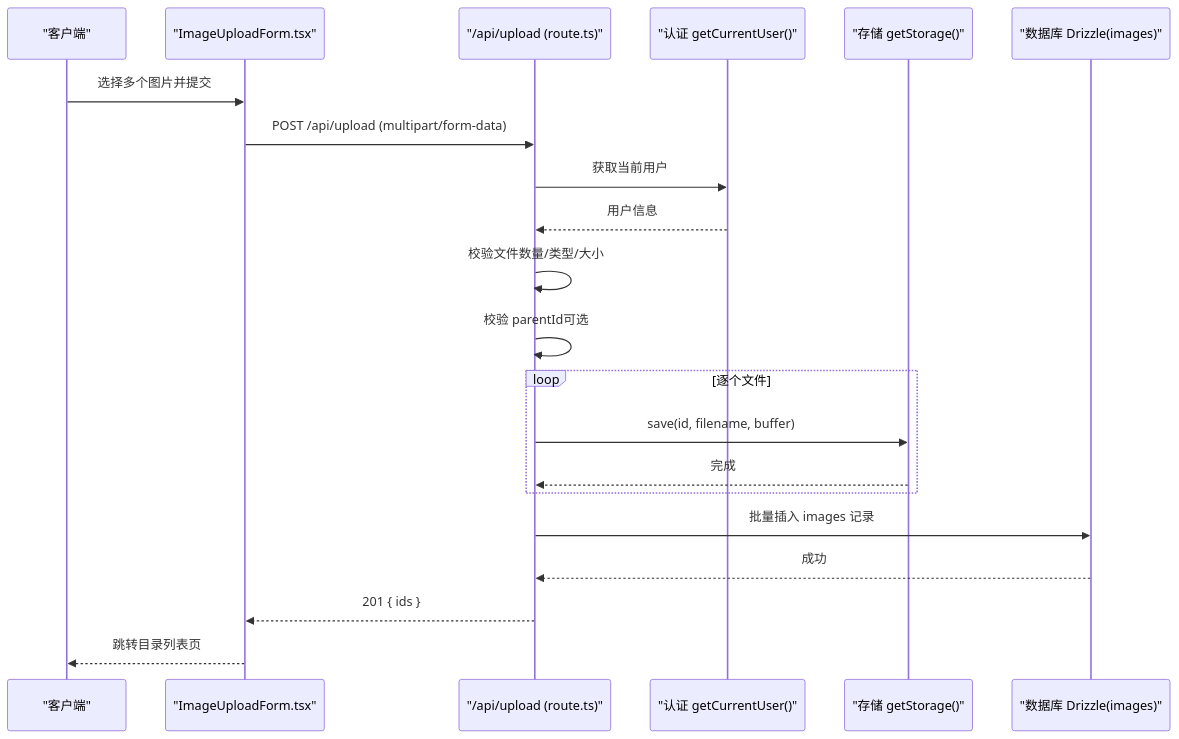
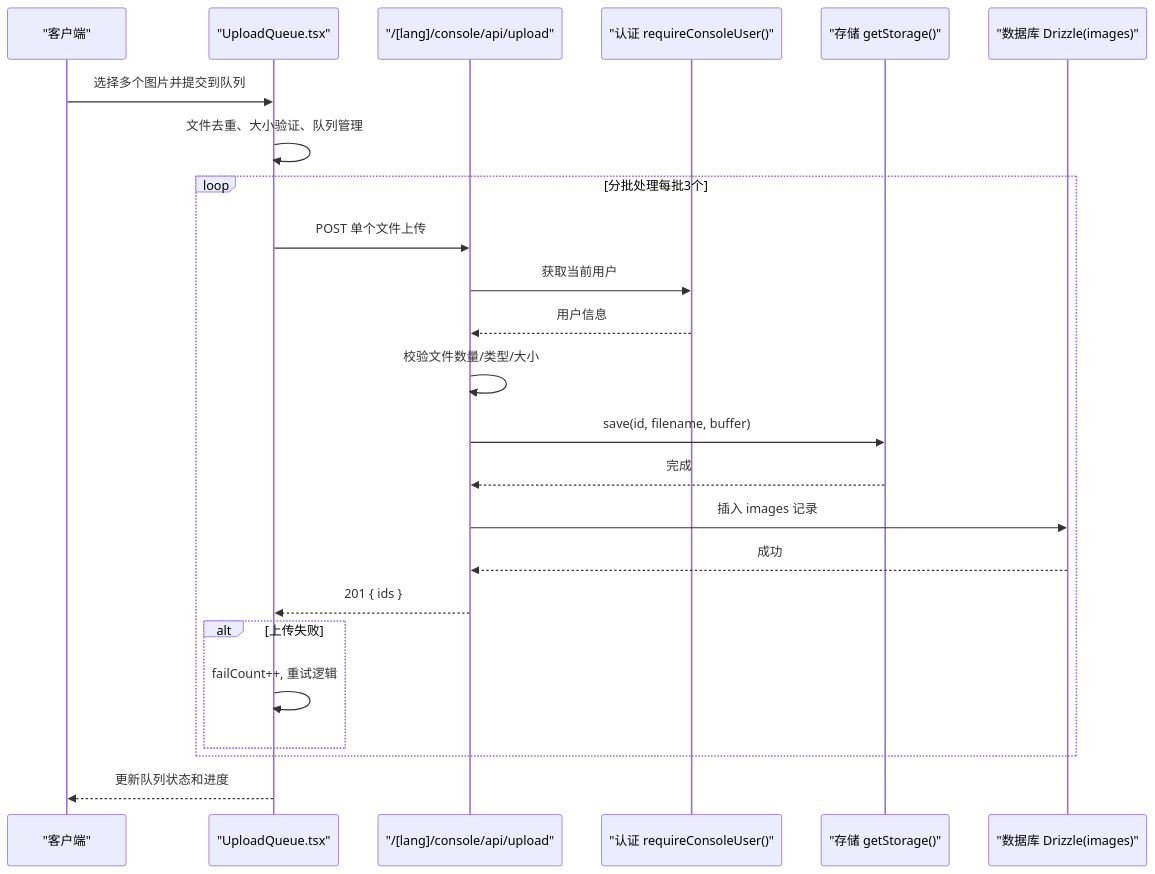
One commit to pnnh/weable changed the second of 5 diagrams in .qoder/repowiki/zh/content/API 接口文档/文件上传 API.md. Above: the diagram before and after it, drawn with Mermaid. The commit also changed other lines of this file and 133 other files, not shown here.

Commit message:
实现基于浏览器自带AI识别图片内容功能

````diff
--- a/.qoder/repowiki/zh/content/API 接口文档/文件上传 API.md
+++ b/.qoder/repowiki/zh/content/API 接口文档/文件上传 API.md
@@ -90,23 +104,26 @@
 ```mermaid
 sequenceDiagram
 participant C as "客户端"
-participant F as "ImageUploadForm.tsx"
-participant U as "/api/upload (route.ts)"
-participant A as "认证 getCurrentUser()"
+participant Q as "UploadQueue.tsx"
+participant U as "/[lang]/console/api/upload"
+participant A as "认证 requireConsoleUser()"
 participant S as "存储 getStorage()"
 participant D as "数据库 Drizzle(images)"
-C->>F : 选择多个图片并提交
-F->>U : POST /api/upload (multipart/form-data)
+C->>Q : 选择多个图片并提交到队列
+Q->>Q : 文件去重、大小验证、队列管理
+loop 分批处理每批3个
+Q->>U : POST 单个文件上传
 U->>A : 获取当前用户
 A-->>U : 用户信息
 U->>U : 校验文件数量/类型/大小
-U->>U : 校验 parentId可选
-loop 逐个文件
 U->>S : save(id, filename, buffer)
 S-->>U : 完成
+U->>D : 插入 images 记录
+D-->>U : 成功
+U-->>Q : 201 { ids }
+alt 上传失败
+Q->>Q : failCount++, 重试逻辑
 end
-U->>D : 批量插入 images 记录
-D-->>U : 成功
-U-->>F : 201 { ids }
-F-->>C : 跳转目录列表页
+end
+Q-->>C : 更新队列状态和进度
 ```
````
